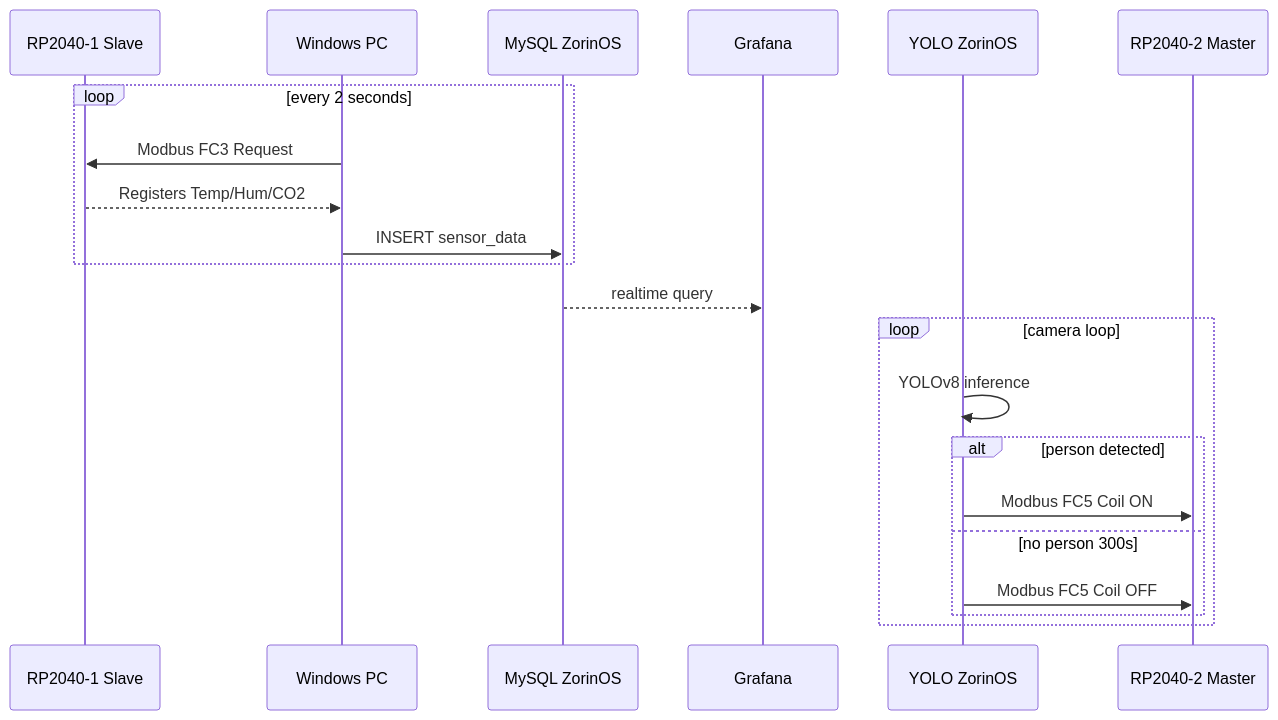
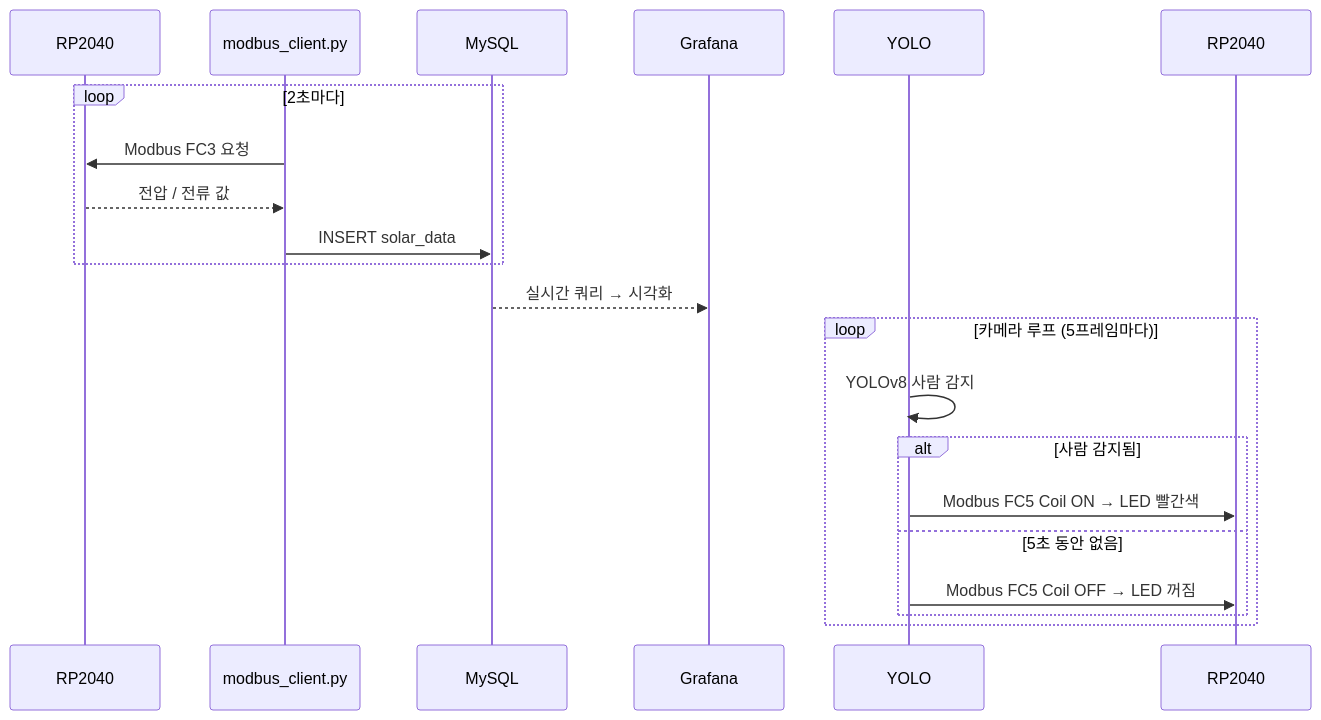
Before and after one commit to jungju3756-source/-Smart_Shelter-: the second of 2 diagrams in README.md, drawn with Mermaid. The commit also changed other lines of this file and 9 other files, not shown here.

First line of the commit message:
기능: 전압/전류 시뮬레이션, RGB LED 제어, MySQL/Grafana/YOLO 통합 완료

````diff
--- a/README.md
+++ b/README.md
@@ -134,26 +60,26 @@
 ```mermaid
 sequenceDiagram
-    participant RP1 as RP2040-1 Slave
-    participant Win as Windows PC
-    participant DB as MySQL ZorinOS
+    participant RP1 as RP2040 #1 (Slave)
+    participant Py as modbus_client.py
+    participant DB as MySQL
     participant GF as Grafana
-    participant YO as YOLO ZorinOS
-    participant RP2 as RP2040-2 Master
+    participant YO as YOLO
+    participant RP2 as RP2040 #2 (Slave)
 
-    loop every 2 seconds
-        Win->>RP1: Modbus FC3 Request
-        RP1-->>Win: Registers Temp/Hum/CO2
-        Win->>DB: INSERT sensor_data
+    loop 2초마다
+        Py->>RP1: Modbus FC3 요청
+        RP1-->>Py: 전압 / 전류 값
+        Py->>DB: INSERT solar_data
     end
 
-    DB-->>GF: realtime query
+    DB-->>GF: 실시간 쿼리 → 시각화
 
-    loop camera loop
-        YO->>YO: YOLOv8 inference
-        alt person detected
-            YO->>RP2: Modbus FC5 Coil ON
-        else no person 300s
-            YO->>RP2: Modbus FC5 Coil OFF
+    loop 카메라 루프 (5프레임마다)
+        YO->>YO: YOLOv8 사람 감지
+        alt 사람 감지됨
+            YO->>RP2: Modbus FC5 Coil ON → LED 빨간색
+        else 5초 동안 없음
+            YO->>RP2: Modbus FC5 Coil OFF → LED 꺼짐
         end
     end
 ```
````
